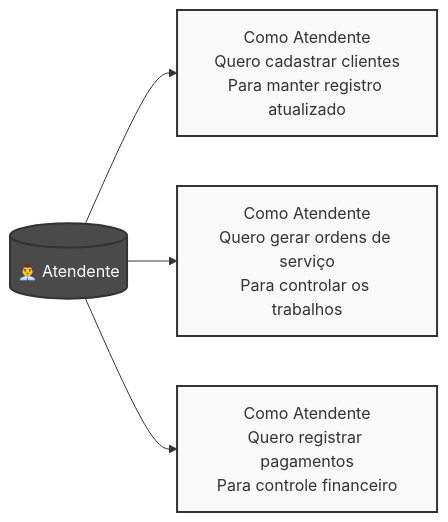
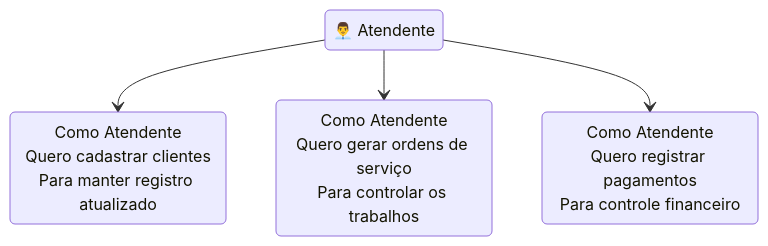
One commit to marcus2703/sistema-ordem-servico-oficina changed the second of 4 diagrams in historias_usuario.md. Above: the diagram before and after it, drawn with Mermaid. The commit also changed other lines of this file, not shown here.

````diff
--- a/historias_usuario.md
+++ b/historias_usuario.md
@@ -39,15 +37,11 @@
 ```mermaid
-graph LR
-    Atendente[("👨‍💼 Atendente")]
-    US4["Como Atendente<br/>Quero cadastrar clientes<br/>Para manter registro atualizado"]
-    US5["Como Atendente<br/>Quero gerar ordens de serviço<br/>Para controlar os trabalhos"]
-    US6["Como Atendente<br/>Quero registrar pagamentos<br/>Para controle financeiro"]
+stateDiagram-v2
+    Atendente: 👨‍💼 Atendente
+    US4: Como Atendente<br/>Quero cadastrar clientes<br/>Para manter registro atualizado
+    US5: Como Atendente<br/>Quero gerar ordens de serviço<br/>Para controlar os trabalhos
+    US6: Como Atendente<br/>Quero registrar pagamentos<br/>Para controle financeiro
 
     Atendente --> US4
     Atendente --> US5
     Atendente --> US6
-
-    classDef default fill:#f9f9f9,stroke:#333,stroke-width:2px;
-    classDef ator fill:#4A4A4A,stroke:#333,stroke-width:2px,color:white;
-    class Atendente ator;
 ```
````
